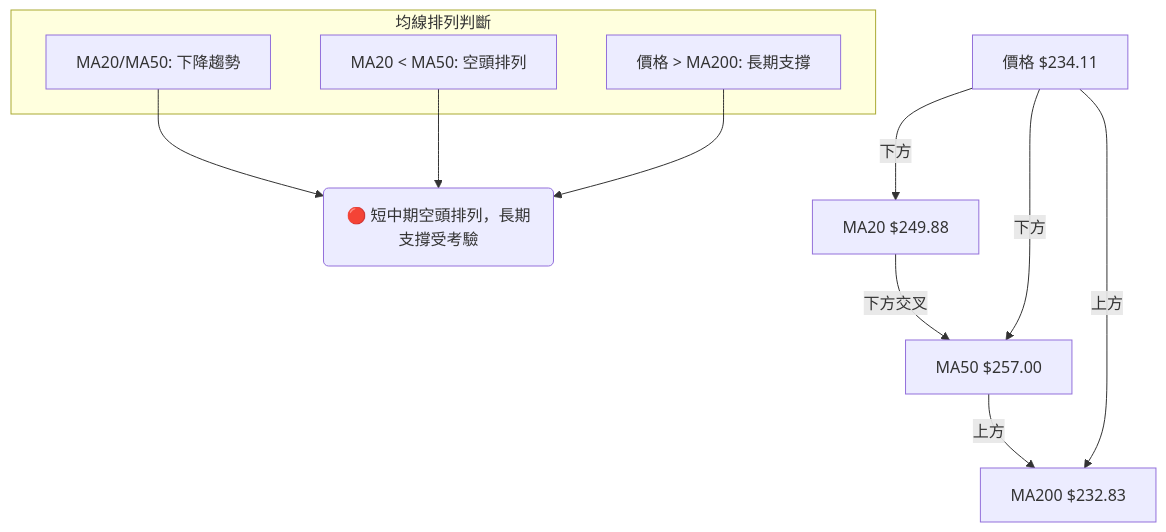
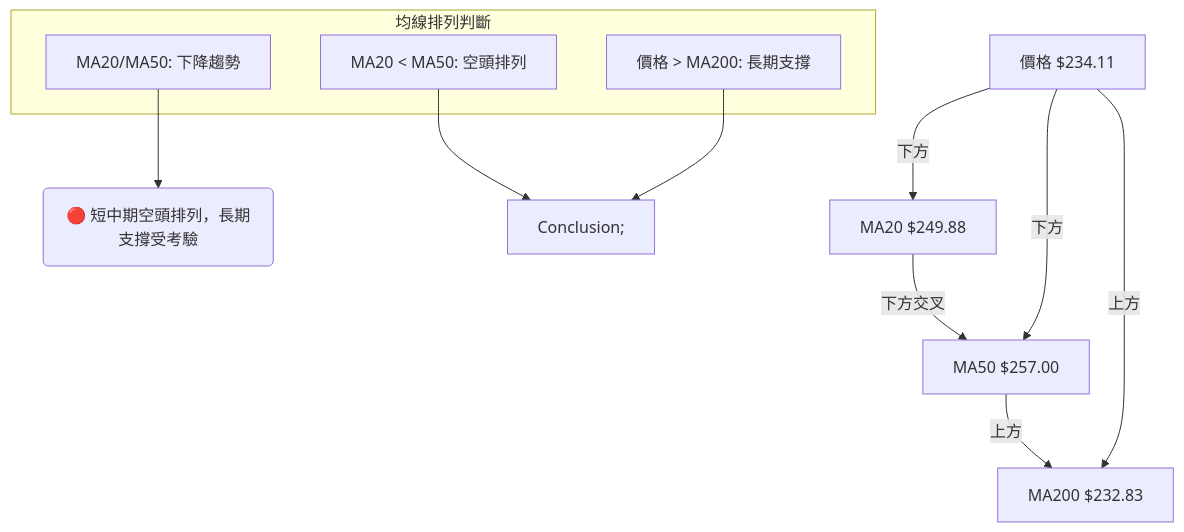
The sixth of 7 diagrams in ai_gen_report/stock/amzn/technical_analysis_2026-06-24_gemini.md (yennanliu/finance_data), drawn with Mermaid before and after one commit. The commit also changed other lines of this file and 2258 other files, not shown here.

First line of the commit message:
chore: backfill Mermaid syntax repair across existing reports

````diff
--- a/ai_gen_report/stock/amzn/technical_analysis_2026-06-24_gemini.md
+++ b/ai_gen_report/stock/amzn/technical_analysis_2026-06-24_gemini.md
@@ -441,24 +441,24 @@
 ```mermaid
 graph TD
-    P[價格 $234.11]
-    MA20[MA20 $249.88]
-    MA50[MA50 $257.00]
-    MA200[MA200 $232.83]
+    P["價格 $234.11"]
+    MA20["MA20 $249.88"]
+    MA50["MA50 $257.00"]
+    MA200["MA200 $232.83"]
 
-    P -->|下方| MA20
-    P -->|下方| MA50
-    P -->|上方| MA200
+    P -->|"下方"| MA20
+    P -->|"下方"| MA50
+    P -->|"上方"| MA200
 
-    MA20 -->|下方交叉| MA50
-    MA50 -->|上方| MA200
+    MA20 -->|"下方交叉"| MA50
+    MA50 -->|"上方"| MA200
 
     subgraph 均線排列判斷
-        Direction[MA20/MA50: 下降趨勢];
-        Relationship[MA20 < MA50: 空頭排列];
-        LongTerm[價格 > MA200: 長期支撐];
+        Direction["MA20/MA50: 下降趨勢"];
+        Relationship["MA20 < MA50: 空頭排列"];
+        LongTerm["價格 > MA200: 長期支撐"];
     end
 
-    Direction --> Conclusion(🔴 短中期空頭排列，長期支撐受考驗);
-    Relationship --> Conclusion;
-    LongTerm --> Conclusion;
+    Direction --> Conclusion("🔴 短中期空頭排列，長期支撐受考驗");
+    Relationship --> nb1["Conclusion;"]
+    LongTerm --> nb1["Conclusion;"]
 ```
````
